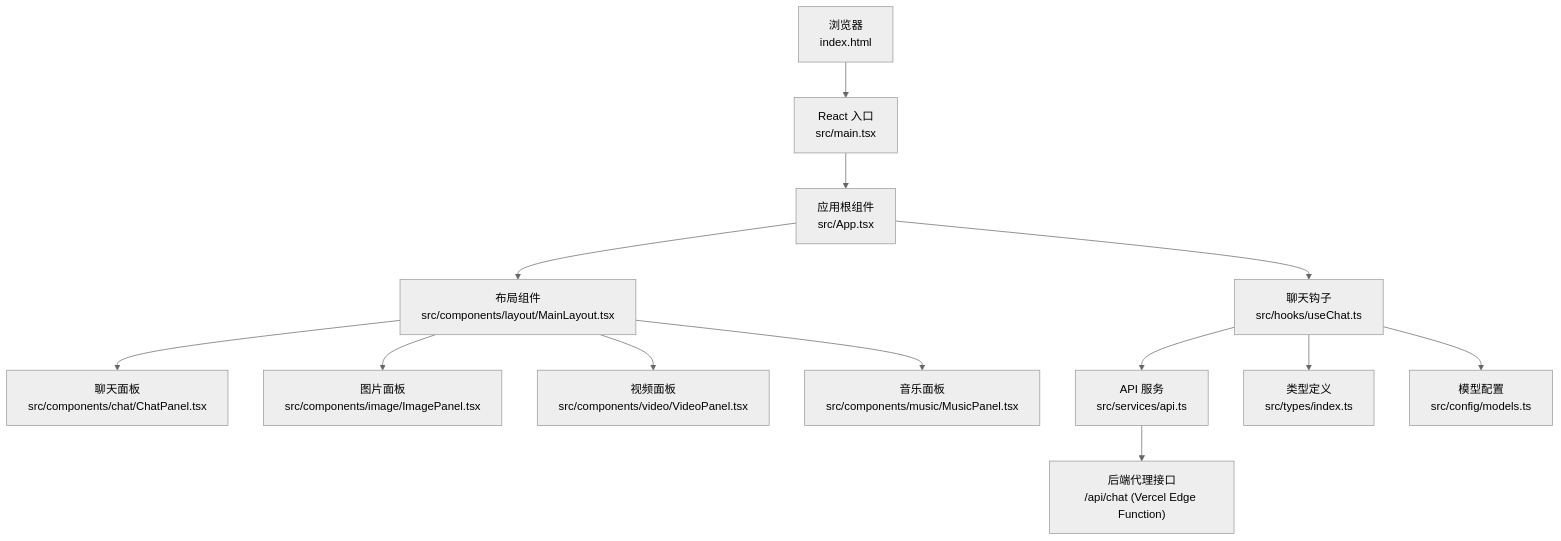
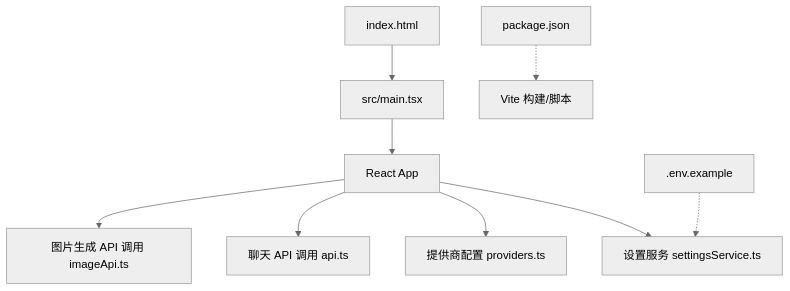
One commit to billye220670/AIShop changed the first of 3 diagrams in .qoder/repowiki/zh/content/快速开始.md. Above: the diagram before and after it, drawn with Mermaid (neutral theme). The commit also changed other lines of this file and 135 other files, not shown here.

````diff
--- a/.qoder/repowiki/zh/content/快速开始.md
+++ b/.qoder/repowiki/zh/content/快速开始.md
@@ -46,15 +40,11 @@
 ```mermaid
 graph TB
-A["浏览器<br/>index.html"] --> B["React 入口<br/>src/main.tsx"]
-B --> C["应用根组件<br/>src/App.tsx"]
-C --> D["布局组件<br/>src/components/layout/MainLayout.tsx"]
-D --> E["聊天面板<br/>src/components/chat/ChatPanel.tsx"]
-D --> F["图片面板<br/>src/components/image/ImagePanel.tsx"]
-D --> G["视频面板<br/>src/components/video/VideoPanel.tsx"]
-D --> H["音乐面板<br/>src/components/music/MusicPanel.tsx"]
-C --> I["聊天钩子<br/>src/hooks/useChat.ts"]
-I --> J["API 服务<br/>src/services/api.ts"]
-J --> K["后端代理接口<br/>/api/chat (Vercel Edge Function)"]
-I --> L["类型定义<br/>src/types/index.ts"]
-I --> M["模型配置<br/>src/config/models.ts"]
+A["index.html"] --> B["src/main.tsx"]
+B --> C["React App"]
+C --> D["设置服务 settingsService.ts"]
+C --> E["提供商配置 providers.ts"]
+C --> F["聊天 API 调用 api.ts"]
+C --> G["图片生成 API 调用 imageApi.ts"]
+H[".env.example"] -.-> D
+I["package.json"] -.-> J["Vite 构建/脚本"]
 ```
````
